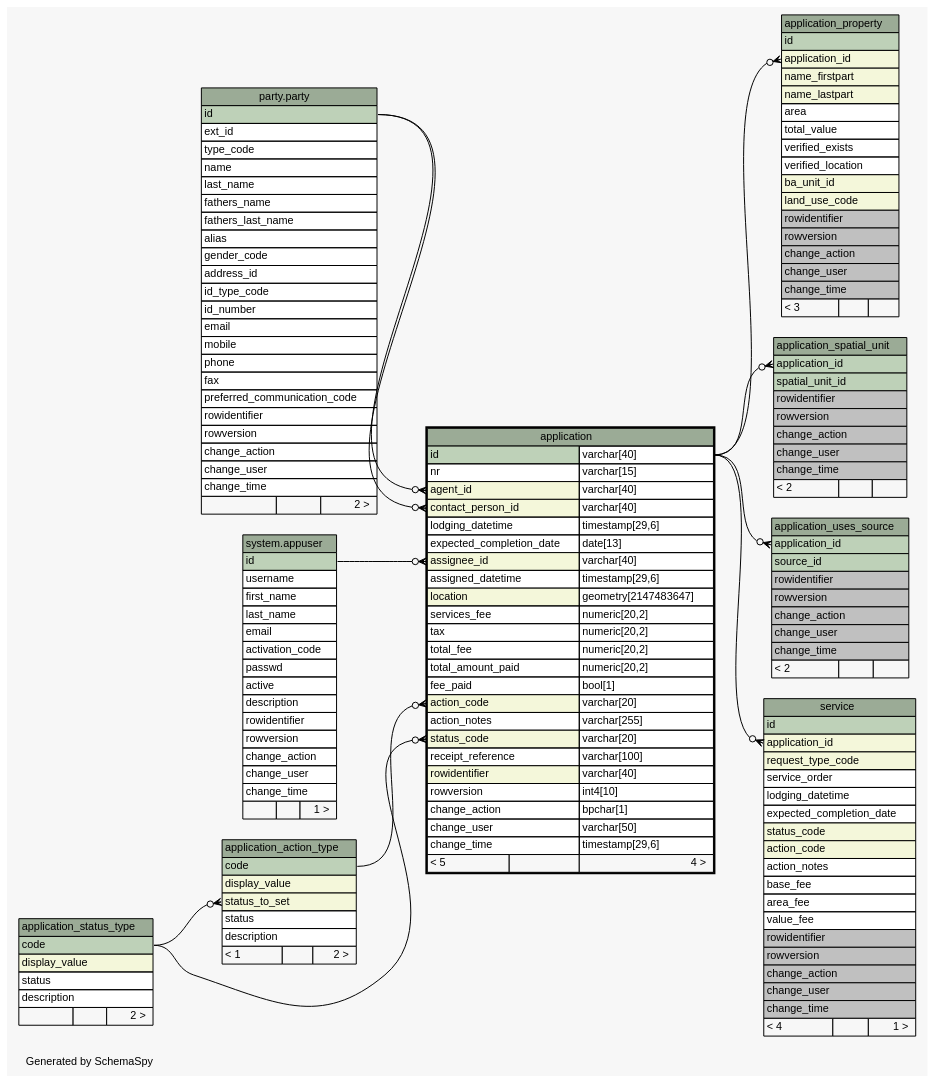
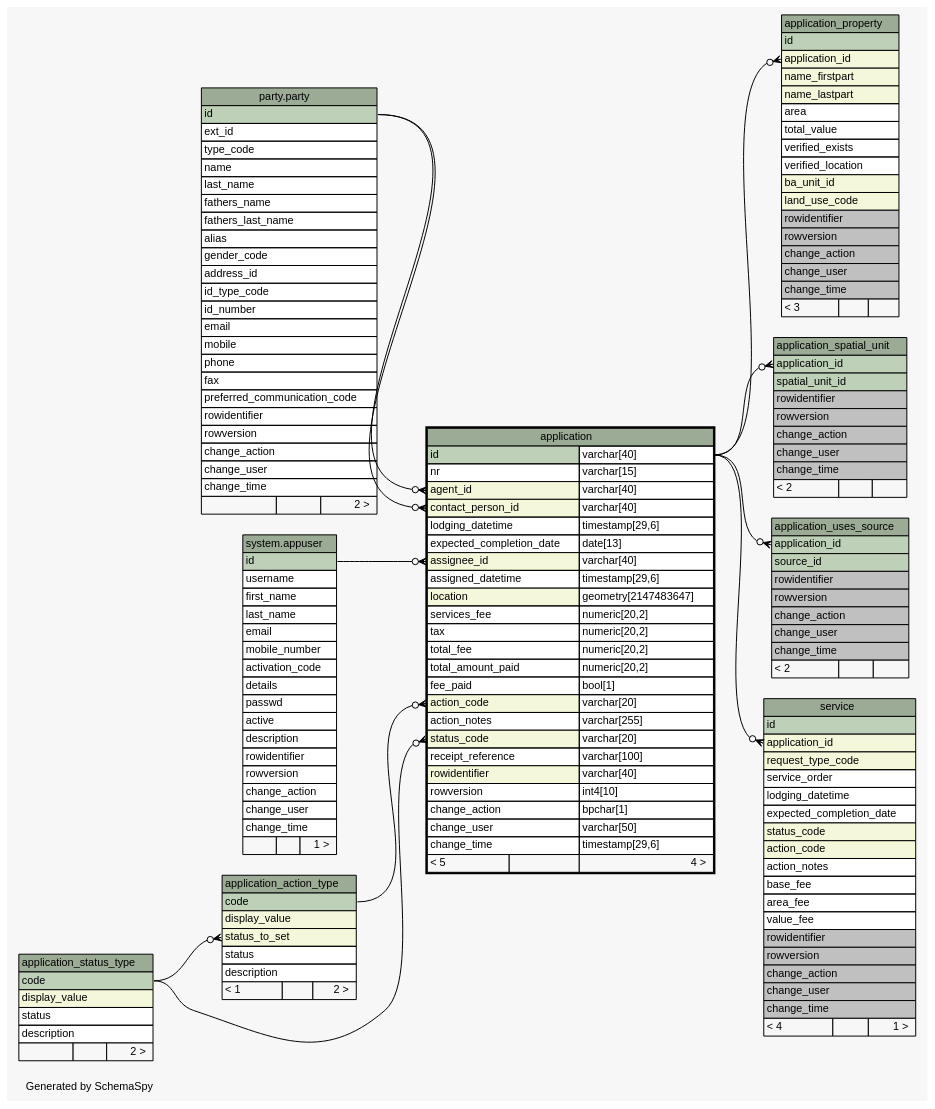
One commit to SOLA-FAO/database_sola changed the diagram in doc/application/diagrams/application.1degree.dot. Above: the diagram before and after it, drawn with Graphviz. The commit also changed 264 other files, not shown here.

```diff
--- a/doc/application/diagrams/application.1degree.dot
+++ b/doc/application/diagrams/application.1degree.dot
@@ -153,7 +153,9 @@
       <TR><TD PORT="first_name" COLSPAN="3" ALIGN="LEFT">first_name</TD></TR>
       <TR><TD PORT="last_name" COLSPAN="3" ALIGN="LEFT">last_name</TD></TR>
       <TR><TD PORT="email" COLSPAN="3" ALIGN="LEFT">email</TD></TR>
+      <TR><TD PORT="mobile_number" COLSPAN="3" ALIGN="LEFT">mobile_number</TD></TR>
       <TR><TD PORT="activation_code" COLSPAN="3" ALIGN="LEFT">activation_code</TD></TR>
+      <TR><TD PORT="details" COLSPAN="3" ALIGN="LEFT">details</TD></TR>
       <TR><TD PORT="passwd" COLSPAN="3" ALIGN="LEFT">passwd</TD></TR>
       <TR><TD PORT="active" COLSPAN="3" ALIGN="LEFT">active</TD></TR>
       <TR><TD PORT="description" COLSPAN="3" ALIGN="LEFT">description</TD></TR>
```
